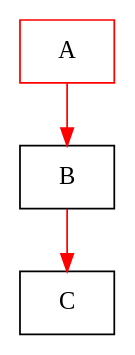
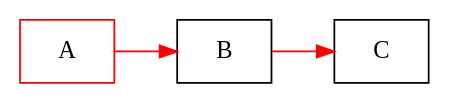
One commit to aardvark179/aardvark179.github.io changed the first of 5 diagrams in drafts/capi.org. Above: the diagram before and after it, drawn with Graphviz. The commit also changed other lines of this file, not shown here.

```diff
--- a/drafts/capi.org
+++ b/drafts/capi.org
@@ -59,11 +59,12 @@
 #+BEGIN_SRC dot :file diagram.svg :exports results
 digraph D {
+ rankdir="LR";
 
  A [shape = box color = red]
  B [shape = box]
  C [shape = box]
 
  A -> B [color=red]
  B -> C [color=red]
 }
 #+END_SRC
```
